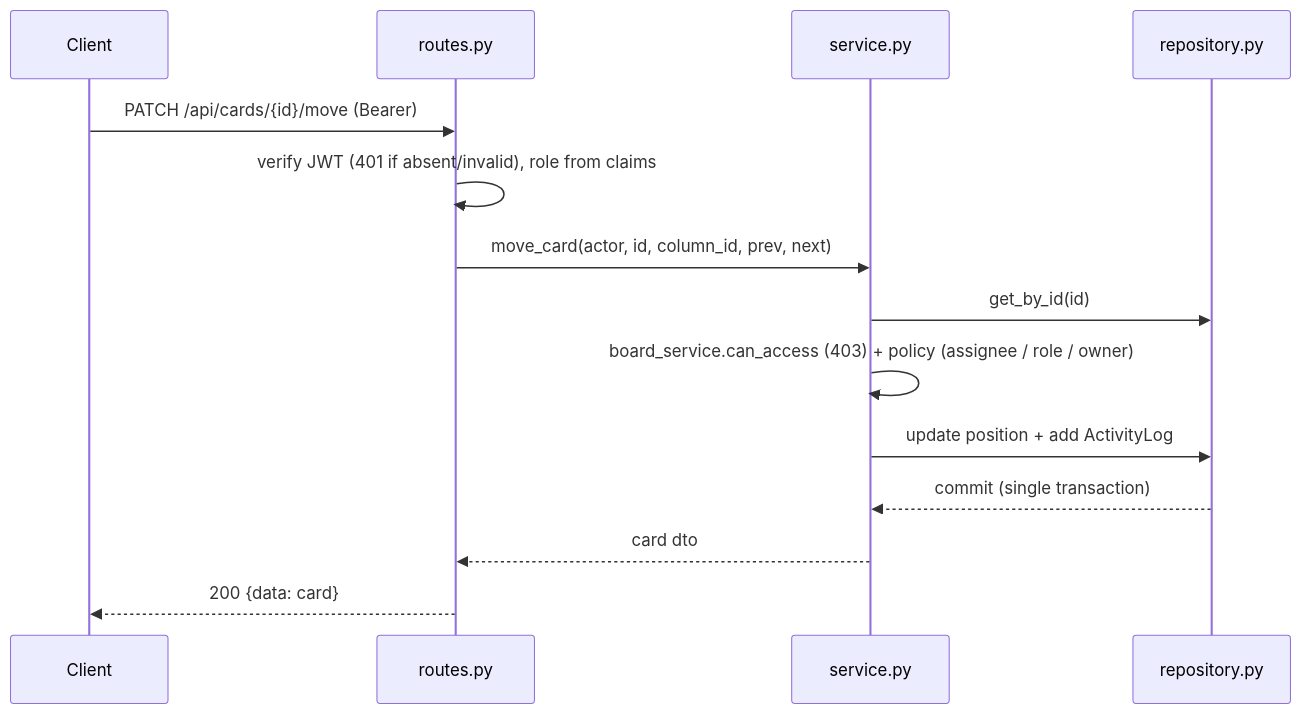
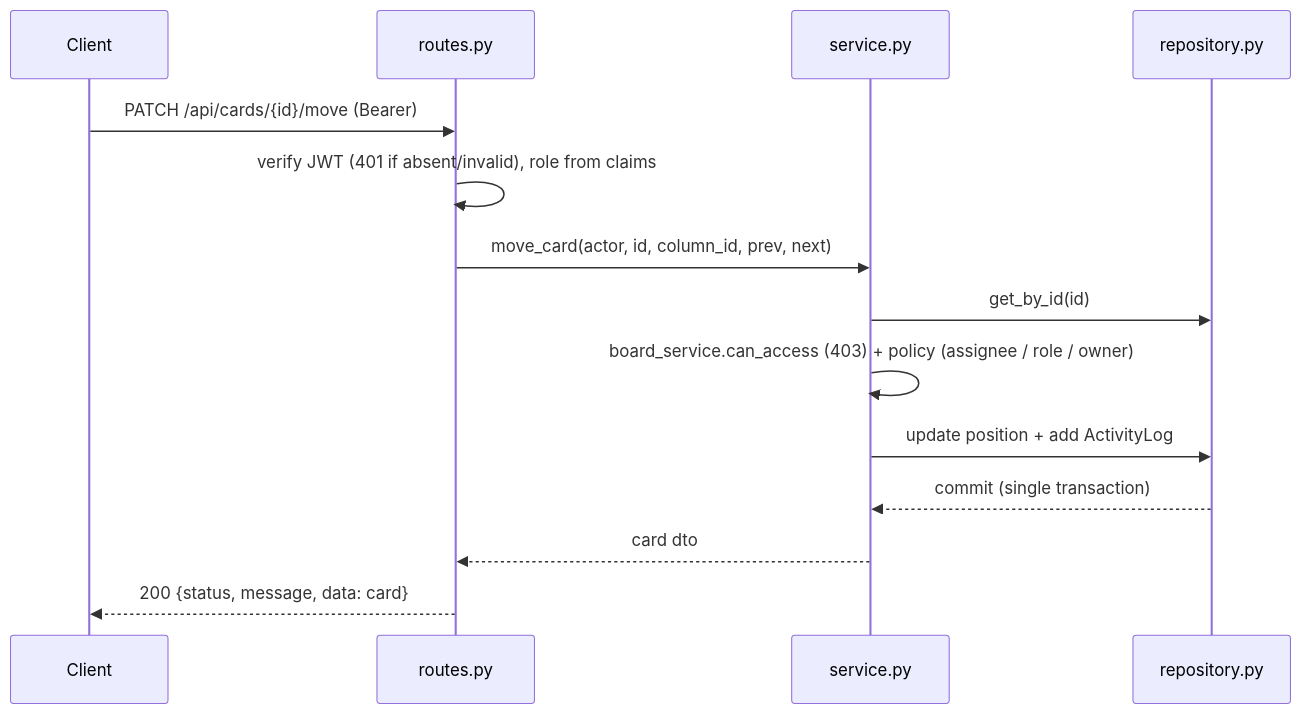
Before and after one commit to MuhammadIsmailHasan/module-4-MuhammadIsmailHasan: the second of 3 diagrams in .kiro/specs/design.md, drawn with Mermaid. The commit also changed other lines of this file and 3 other files, not shown here.

First line of the commit message:
docs(specs): revise to V4 with smorest, status/message envelope and generated OpenAPI

````diff
--- a/.kiro/specs/design.md
+++ b/.kiro/specs/design.md
@@ -112,16 +122,16 @@
 ```mermaid
 sequenceDiagram
   participant C as Client
   participant R as routes.py
   participant S as service.py
   participant P as repository.py
   C->>R: PATCH /api/cards/{id}/move (Bearer)
   R->>R: verify JWT (401 if absent/invalid), role from claims
   R->>S: move_card(actor, id, column_id, prev, next)
   S->>P: get_by_id(id)
   S->>S: board_service.can_access (403) + policy (assignee / role / owner)
   S->>P: update position + add ActivityLog
   P-->>S: commit (single transaction)
   S-->>R: card dto
-  R-->>C: 200 {data: card}
+  R-->>C: 200 {status, message, data: card}
 ```
````
